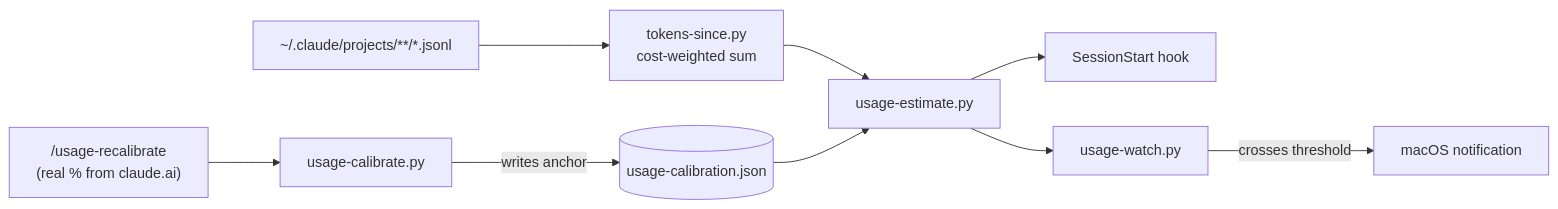
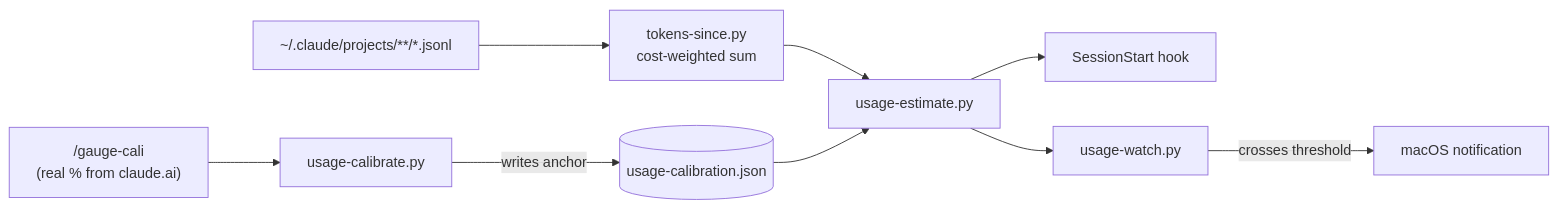
One commit to rajanshxrma/claude-quota-gauge changed the diagram in README.md. Above: the diagram before and after it, drawn with Mermaid. The commit also changed other lines of this file and 5 other files, not shown here.

Commit message:
renamed /usage-recalibrate to /gauge-cali

````diff
--- a/README.md
+++ b/README.md
@@ -61,11 +61,11 @@
 ```mermaid
 flowchart LR
     A["~/.claude/projects/**/*.jsonl"] --> B[tokens-since.py<br/>cost-weighted sum]
     B --> C[usage-estimate.py]
-    D["/usage-recalibrate<br/>(real % from claude.ai)"] --> E[usage-calibrate.py]
+    D["/gauge-cali<br/>(real % from claude.ai)"] --> E[usage-calibrate.py]
     E -->|writes anchor| F[(usage-calibration.json)]
     F --> C
     C --> G[SessionStart hook]
     C --> H[usage-watch.py]
     H -->|crosses threshold| I[macOS notification]
 ```
````
